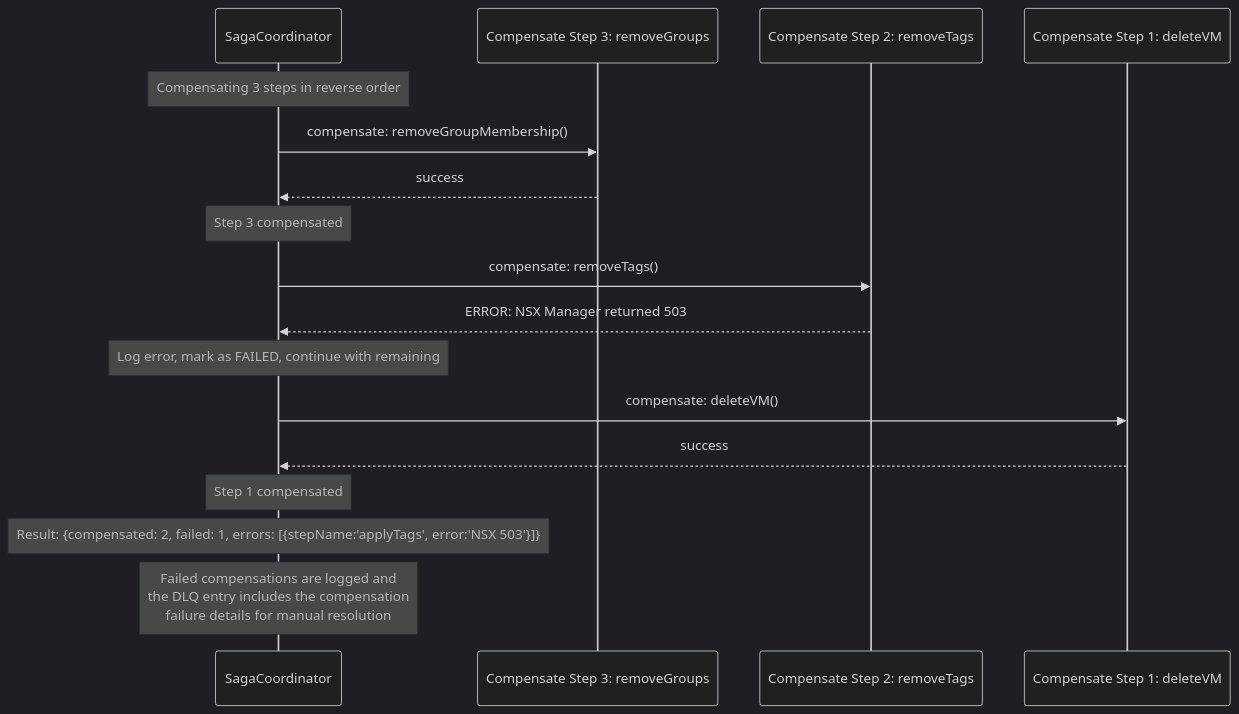
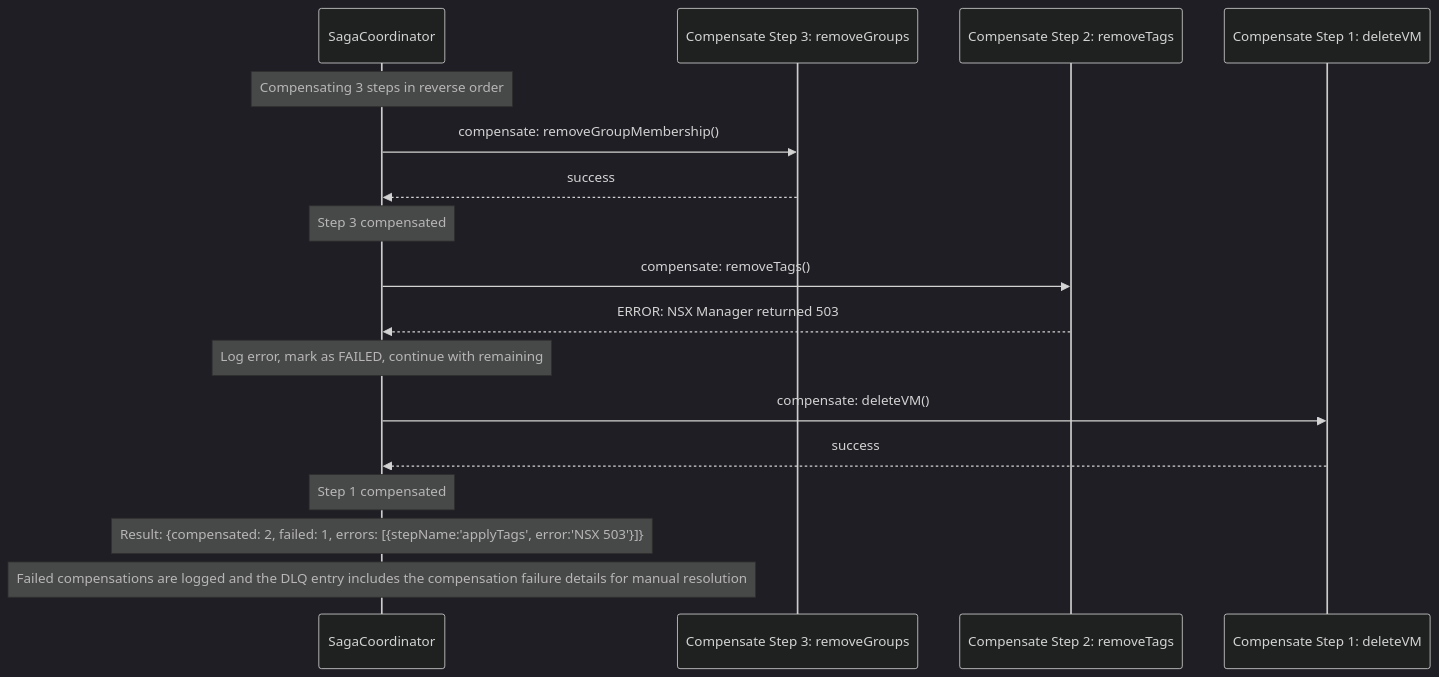
The sixth of 10 diagrams in docs/LLD.md (srikanth-nalam/dfw-automation-pipeline), drawn with Mermaid (dark theme) before and after one commit. The commit also changed other lines of this file and 8 other files, not shown here.

First line of the commit message:
fix(docs): resolve Mermaid diagram rendering issues in HLD.md

````diff
--- a/docs/LLD.md
+++ b/docs/LLD.md
@@ -1153,24 +1153,24 @@
 ```mermaid
 sequenceDiagram
     participant Saga as SagaCoordinator
     participant C3 as Compensate Step 3: removeGroups
     participant C2 as Compensate Step 2: removeTags
     participant C1 as Compensate Step 1: deleteVM
 
     Note over Saga: Compensating 3 steps in reverse order
 
     Saga->>C3: compensate: removeGroupMembership()
     C3-->>Saga: success
     Note over Saga: Step 3 compensated
 
     Saga->>C2: compensate: removeTags()
     C2-->>Saga: ERROR: NSX Manager returned 503
     Note over Saga: Log error, mark as FAILED, continue with remaining
 
     Saga->>C1: compensate: deleteVM()
     C1-->>Saga: success
     Note over Saga: Step 1 compensated
 
     Note over Saga: Result: {compensated: 2, failed: 1, errors: [{stepName:'applyTags', error:'NSX 503'}]}
-    Note over Saga: Failed compensations are logged and<br/>the DLQ entry includes the compensation<br/>failure details for manual resolution
+    Note over Saga: Failed compensations are logged and the DLQ entry includes the compensation failure details for manual resolution
 ```
````
